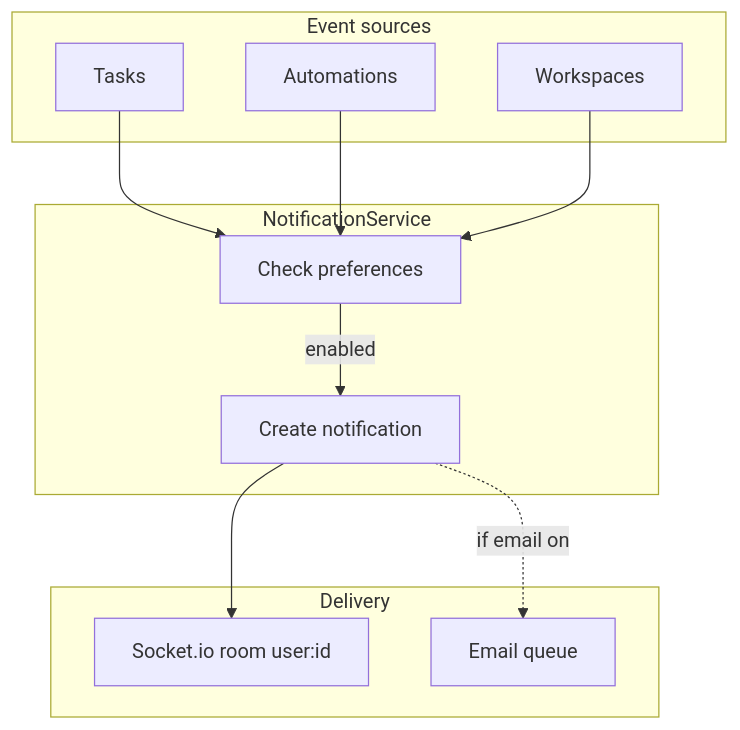
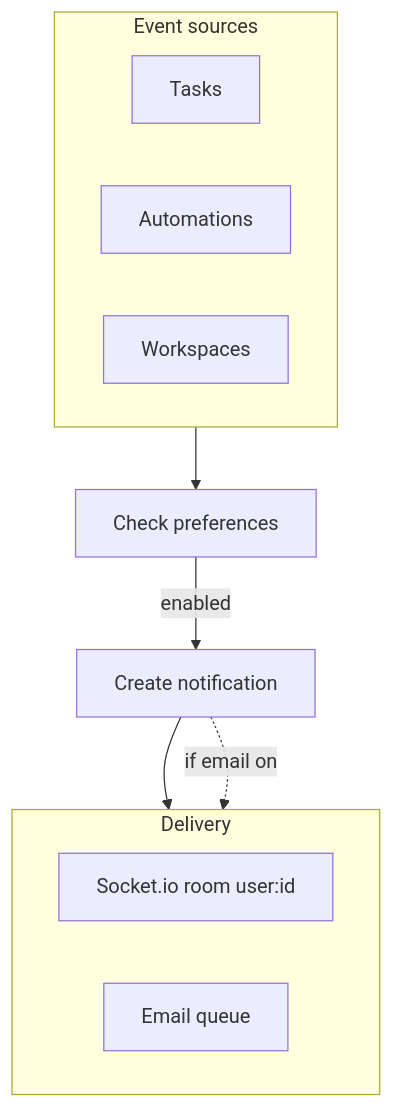
Before and after one commit to felipefontoura/spec-driven-development-book: diagram 11 of 15 in BOOK.en.md, drawn with Mermaid. The commit also changed other lines of this file and 1 other file, not shown here.

````diff
--- a/BOOK.en.md
+++ b/BOOK.en.md
@@ -2731,29 +2672,26 @@
 ```mermaid
 flowchart TB
     subgraph SRC["Event sources"]
+        direction LR
         T[Tasks]
         A[Automations]
         W[Workspaces]
     end
 
-    subgraph NS["NotificationService"]
-        CHECK[Check preferences]
-        CREATE[Create notification]
-    end
+    CHECK[Check preferences]
+    CREATE[Create notification]
 
     subgraph DEL["Delivery"]
+        direction LR
         WS[Socket.io room user:id]
         EM[Email queue]
     end
 
-    T --> CHECK
-    A --> CHECK
-    W --> CHECK
+    SRC --> CHECK
     CHECK -->|enabled| CREATE
     CREATE --> WS
     CREATE -.->|if email on| EM
 
     class CHECK,CREATE accent;
     class WS,EM soft;
-    class T,A,W neutral;
 ```
````
